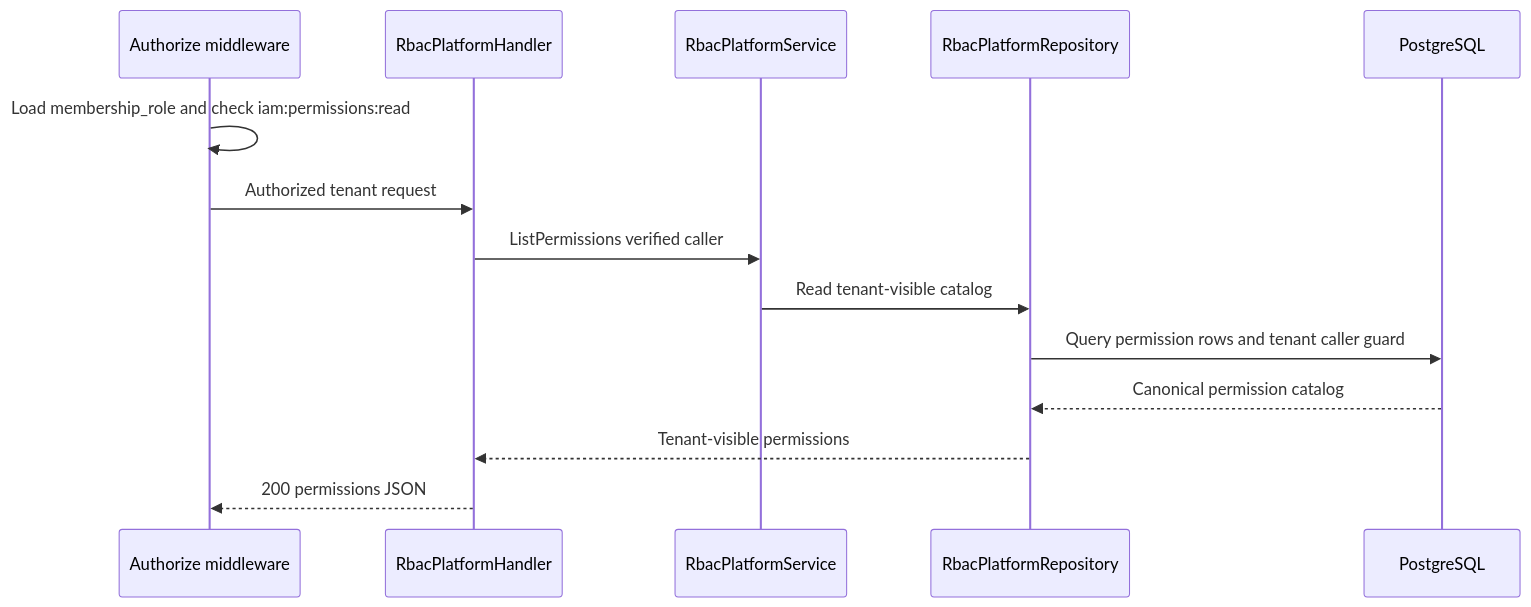
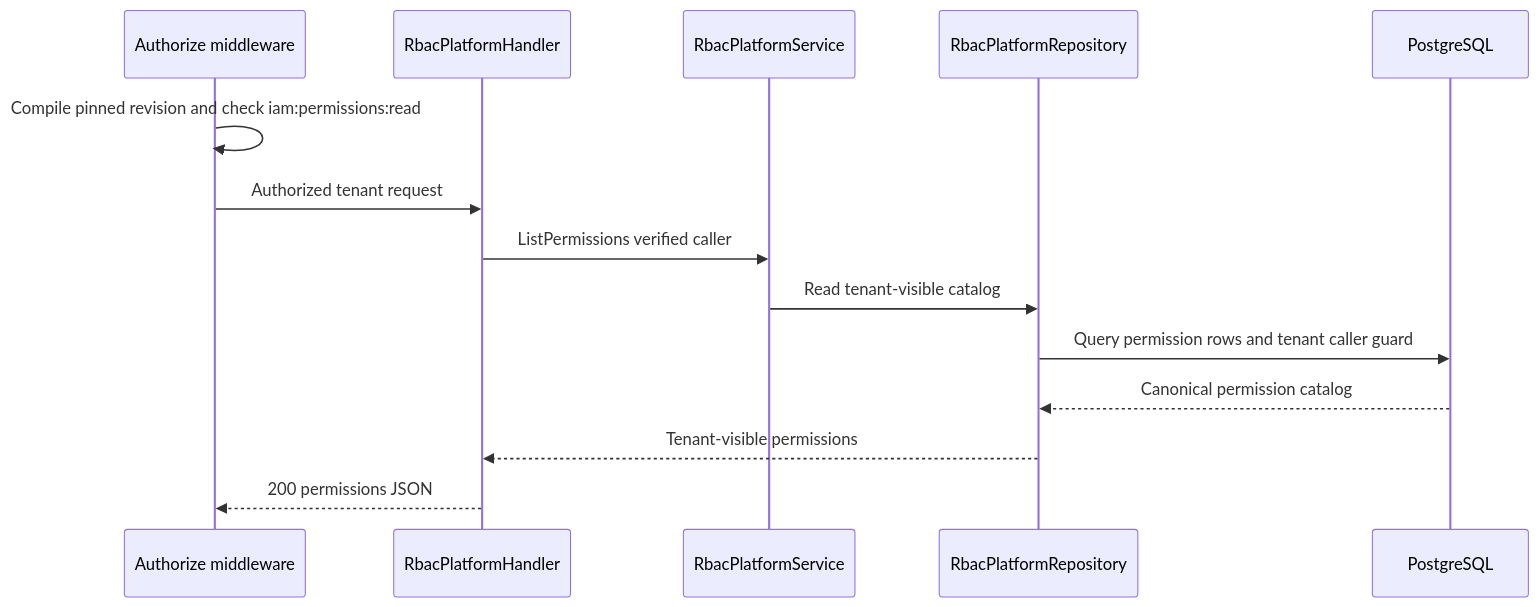
Before and after one commit to phucle996/aurora: the second of 2 diagrams in god_view/iam/tenant_permission_catalog_list_god_view_workflow.md, drawn with Mermaid. The commit also changed other lines of this file and 132 other files, not shown here.

Commit message:
refactor(iam): isolate owner workflows and revision tenant RBAC

````diff
--- a/god_view/iam/tenant_permission_catalog_list_god_view_workflow.md
+++ b/god_view/iam/tenant_permission_catalog_list_god_view_workflow.md
@@ -39,16 +39,16 @@
 ```mermaid
 sequenceDiagram
     participant M as Authorize middleware
     participant H as RbacPlatformHandler
     participant S as RbacPlatformService
     participant Repo as RbacPlatformRepository
     participant DB as PostgreSQL
-    M->>M: Load membership_role and check iam:permissions:read
+    M->>M: Compile pinned revision and check iam:permissions:read
     M->>H: Authorized tenant request
     H->>S: ListPermissions verified caller
     S->>Repo: Read tenant-visible catalog
     Repo->>DB: Query permission rows and tenant caller guard
     DB-->>Repo: Canonical permission catalog
     Repo-->>H: Tenant-visible permissions
     H-->>M: 200 permissions JSON
 ```
````
